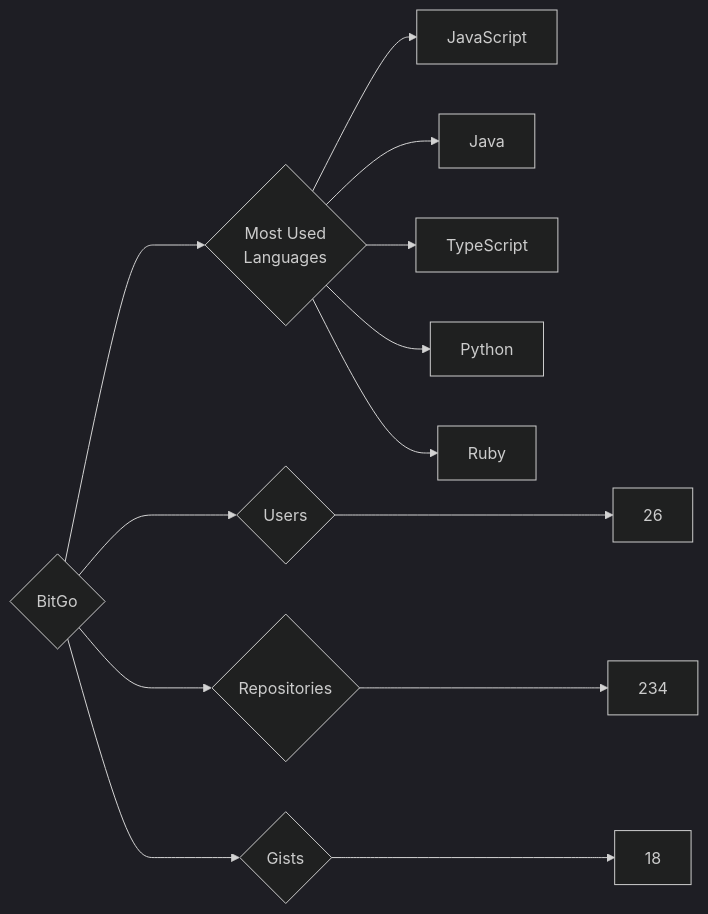
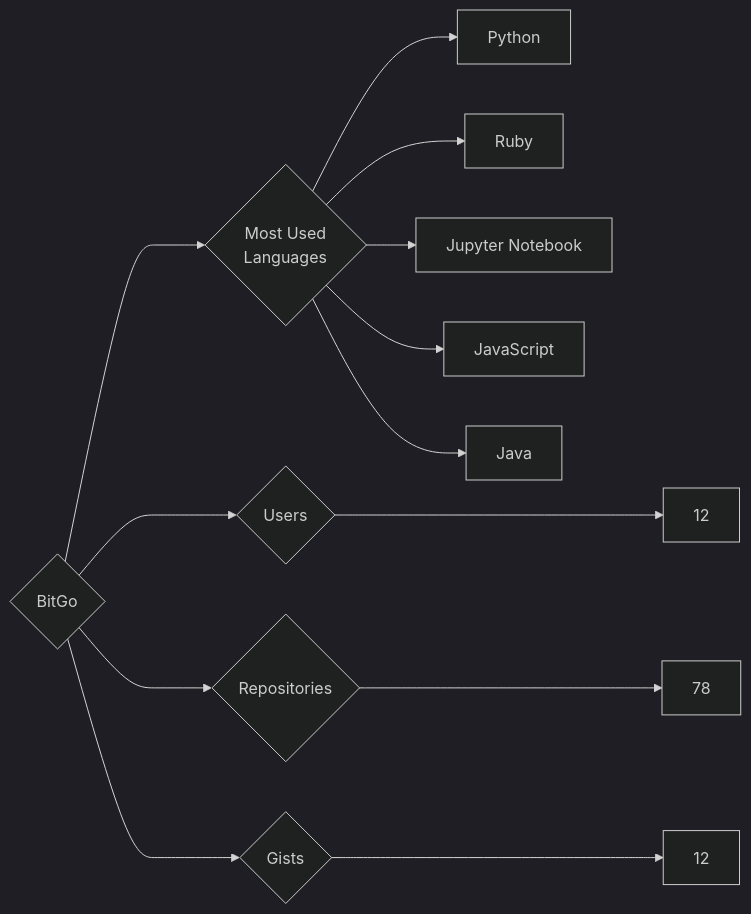
The diagram in targets/BitGo/README.md (trickest/insiders), drawn with Mermaid (dark theme) before and after one commit. The commit also changed 847 other files, not shown here.

````diff
--- a/targets/BitGo/README.md
+++ b/targets/BitGo/README.md
@@ -3,13 +3,13 @@
 ```mermaid
 graph LR
 COMPANY_NAME{BitGo}
-COMPANY_NAME ---> U{Users} ---> UN[26]
-COMPANY_NAME ---> R{Repositories} ---> RN[234]
-COMPANY_NAME ---> G{Gists} ---> GN[18]
+COMPANY_NAME ---> U{Users} ---> UN[12]
+COMPANY_NAME ---> R{Repositories} ---> RN[78]
+COMPANY_NAME ---> G{Gists} ---> GN[12]
 COMPANY_NAME ---> ML{Most Used<br>Languages}
+ML --> Python[Python]
+ML --> Ruby[Ruby]
+ML --> Jupyter_Notebook[Jupyter Notebook]
 ML --> JavaScript[JavaScript]
 ML --> Java[Java]
-ML --> TypeScript[TypeScript]
-ML --> Python[Python]
-ML --> Ruby[Ruby]
 ```
````
